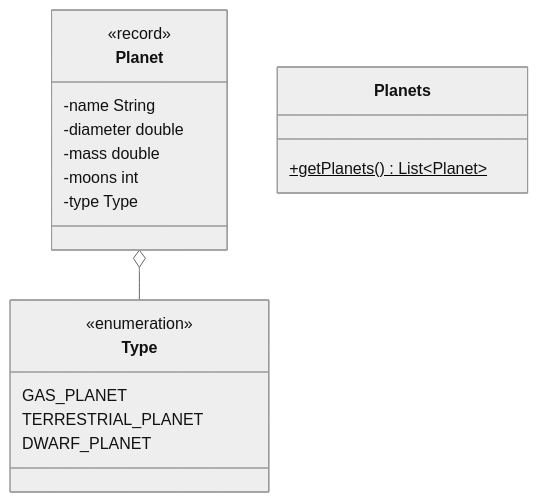
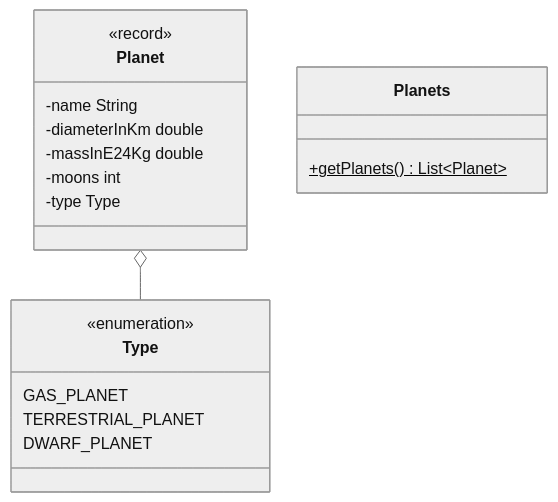
Before and after one commit to jappuccini/java-docs: the diagram in docs/exam-exercises/exam-exercises-java2/planets.md, drawn with Mermaid (neutral theme).

````diff
--- a/docs/exam-exercises/exam-exercises-java2/planets.md
+++ b/docs/exam-exercises/exam-exercises-java2/planets.md
@@ -17,24 +17,24 @@
 ```mermaid
 classDiagram
     Planet o-- Type
 
     class Planet {
         <<record>>
         -name String
-        -diameter double
-        -mass double
+        -diameterInKm double
+        -massInE24Kg double
         -moons int
         -type Type
     }
 
     class Type {
         <<enumeration>>
         GAS_PLANET
         TERRESTRIAL_PLANET
         DWARF_PLANET
     }
 
     class Planets {
         +getPlanets()$ List~Planet~
     }
 ```
````
